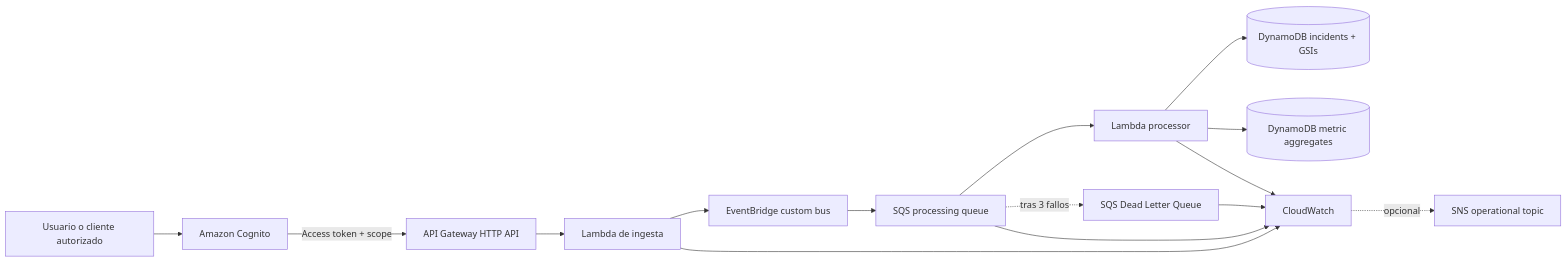
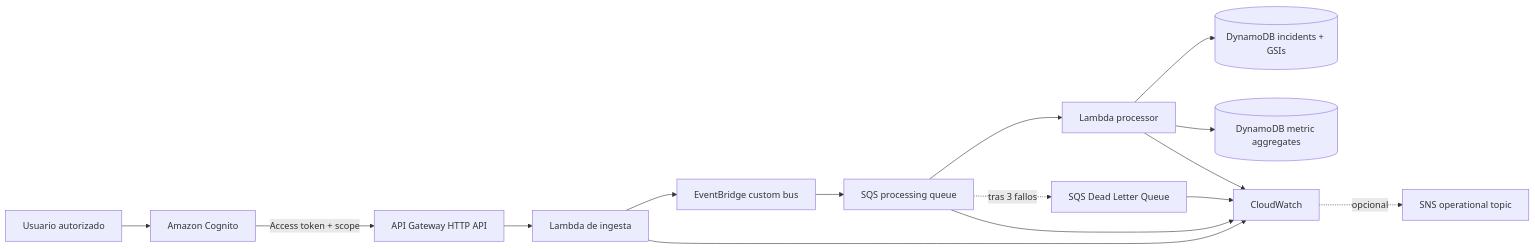
Before and after one commit to fermarfer1982/aws-cloudops-incident-hub: the diagram in README.md, drawn with Mermaid. The commit also changed other lines of this file and 20 other files, not shown here.

````diff
--- a/README.md
+++ b/README.md
@@ -39,17 +38,17 @@
 ```mermaid
 flowchart LR
-    U[Usuario o cliente autorizado] --> COG[Amazon Cognito]
+    U[Usuario autorizado] --> COG[Amazon Cognito]
     COG -->|Access token + scope| API[API Gateway HTTP API]
     API --> L1[Lambda de ingesta]
     L1 --> EB[EventBridge custom bus]
     EB --> Q[SQS processing queue]
     Q --> L2[Lambda processor]
     Q -. tras 3 fallos .-> DLQ[SQS Dead Letter Queue]
     L2 --> INC[(DynamoDB incidents + GSIs)]
     L2 --> MET[(DynamoDB metric aggregates)]
     L1 --> CW[CloudWatch]
     L2 --> CW
     Q --> CW
     DLQ --> CW
     CW -. opcional .-> SNS[SNS operational topic]
 ```
````
